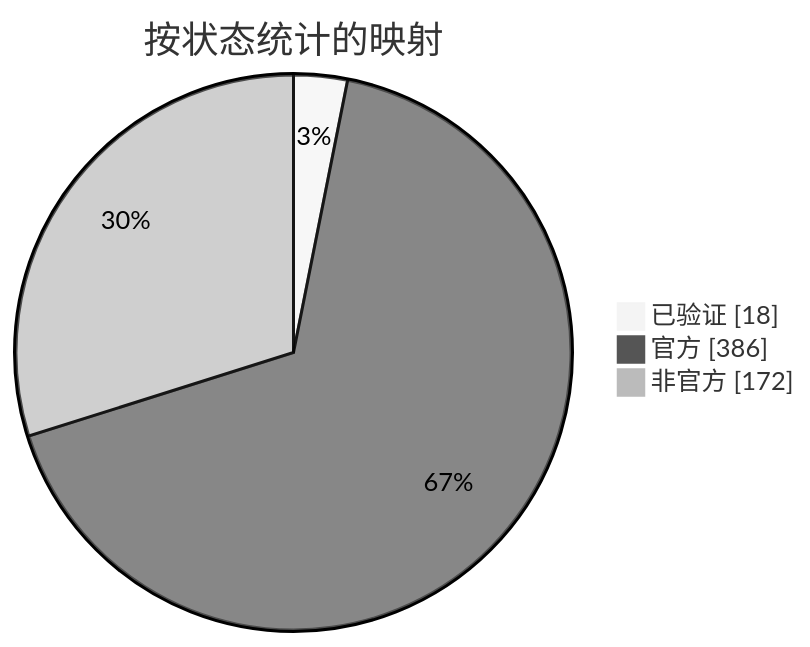
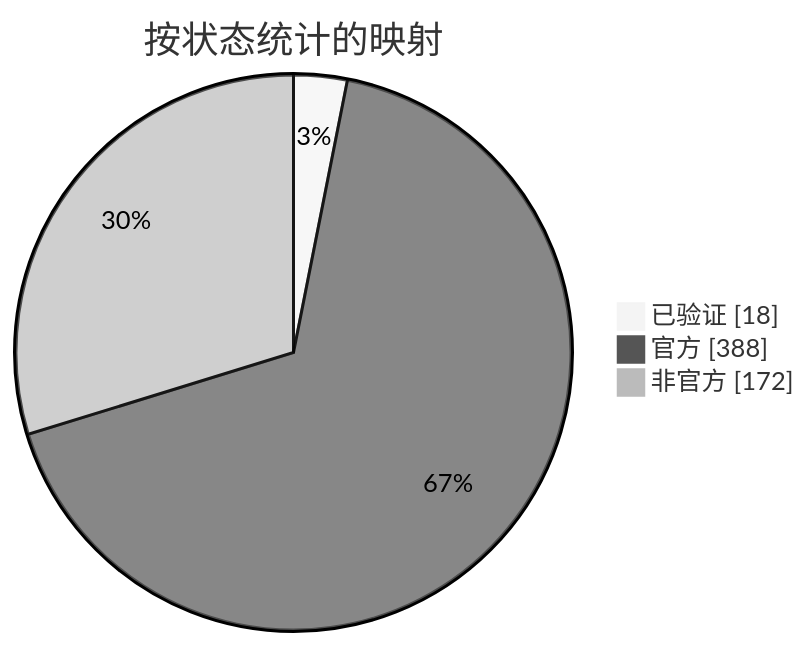
The diagram in docs/readme/README_ZHS.md (nobrega8/mbmap-library), drawn with Mermaid (neutral theme) before and after one commit. The commit also changed 7 other files, not shown here.

````diff
--- a/docs/readme/README_ZHS.md
+++ b/docs/readme/README_ZHS.md
@@ -54,7 +54,7 @@
 ```mermaid
 pie showData
     title 按状态统计的映射
     "已验证" : 18
-    "官方" : 386
+    "官方" : 388
     "非官方" : 172
 ```
````
